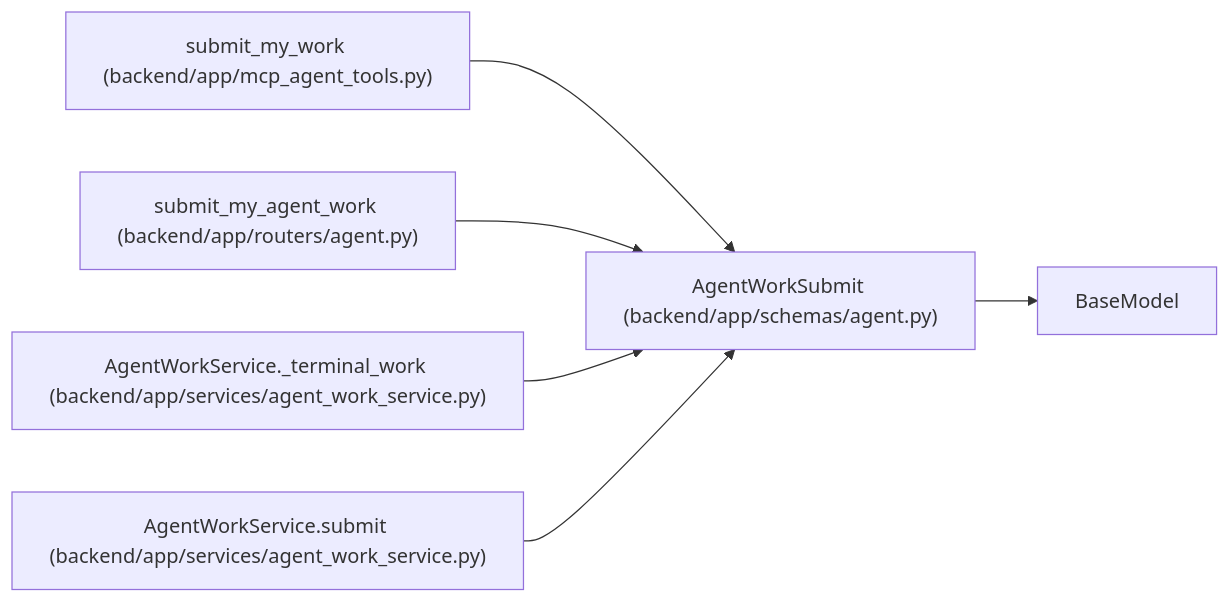
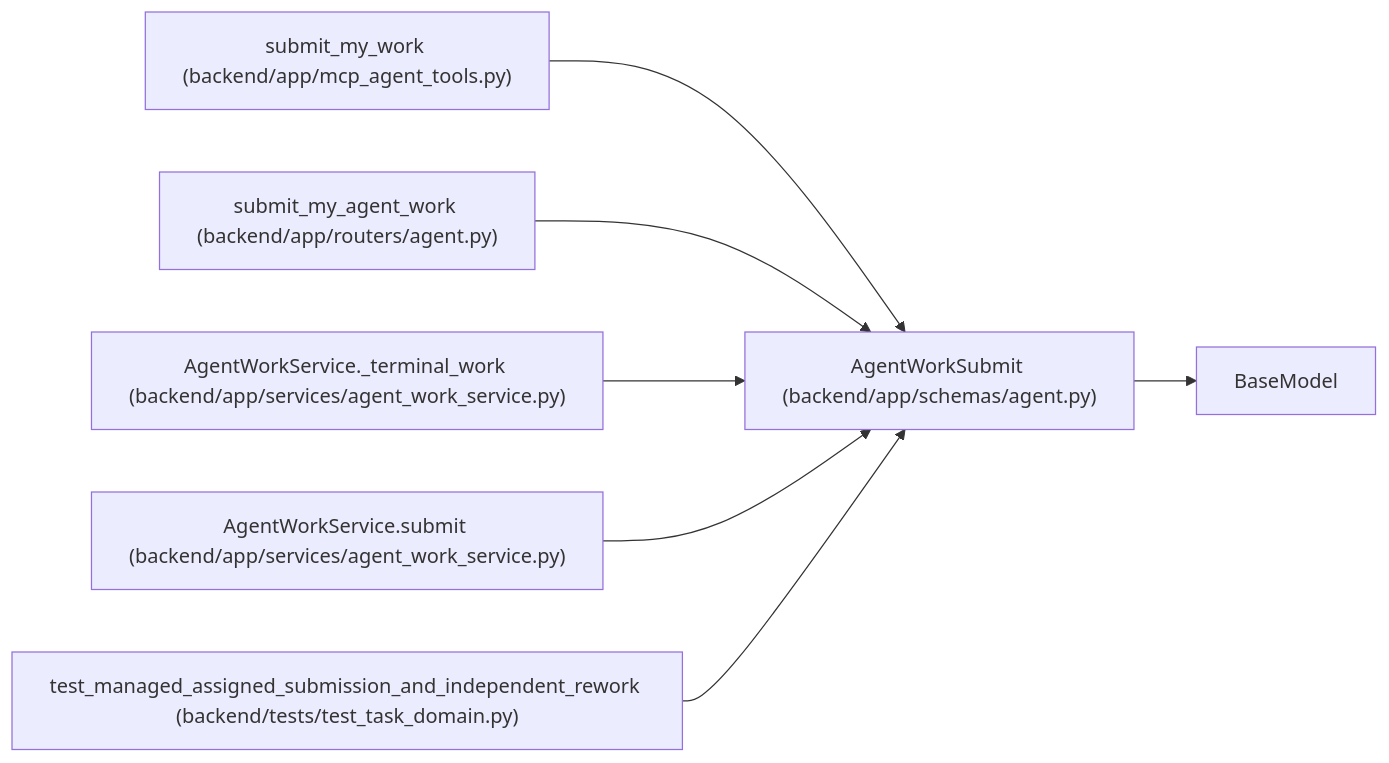
The diagram in docs/llm_wiki/entities/AgentWorkSubmit.md (Denissvgn/WorkChord), drawn with Mermaid before and after one commit. The commit also changed other lines of this file and 1238 other files, not shown here.

First line of the commit message:
docs(wiki): publish compact canonical domain architecture

````diff
--- a/docs/llm_wiki/entities/AgentWorkSubmit.md
+++ b/docs/llm_wiki/entities/AgentWorkSubmit.md
@@ -52,19 +53,22 @@
 ```mermaid
 flowchart LR
     n0["AgentWorkSubmit (backend/app/schemas/agent.py)"]
     n1["BaseModel"]
     n2["submit_my_work (backend/app/mcp_agent_tools.py)"]
     n3["submit_my_agent_work (backend/app/routers/agent.py)"]
     n4["AgentWorkService._terminal_work (backend/app/services/agent_work_service.py)"]
     n5["AgentWorkService.submit (backend/app/services/agent_work_service.py)"]
+    n6["test_managed_assigned_submission_and_independent_rework (backend/tests/test_task_domain.py)"]
     n0 --> n1
     n2 --> n0
     n3 --> n0
     n4 --> n0
     n5 --> n0
+    n6 --> n0
     click n0 "../modules/schemas_agent.md"
     click n2 "../modules/mcp_agent_tools.md"
     click n3 "../modules/routers_agent.md"
     click n4 "../modules/agent_work_service.md"
     click n5 "../modules/agent_work_service.md"
+    click n6 "../modules/test_task_domain.md"
 ```
````
